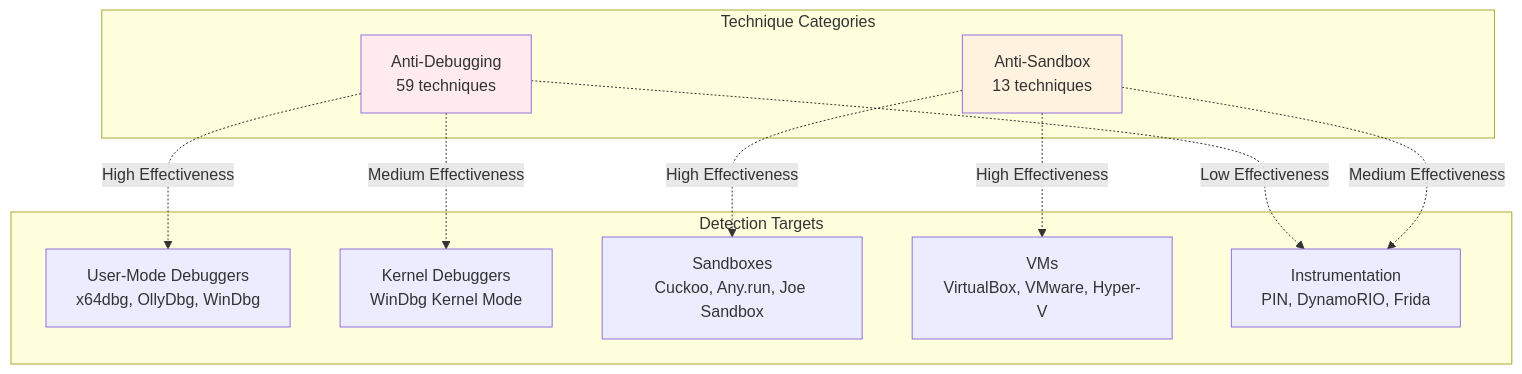
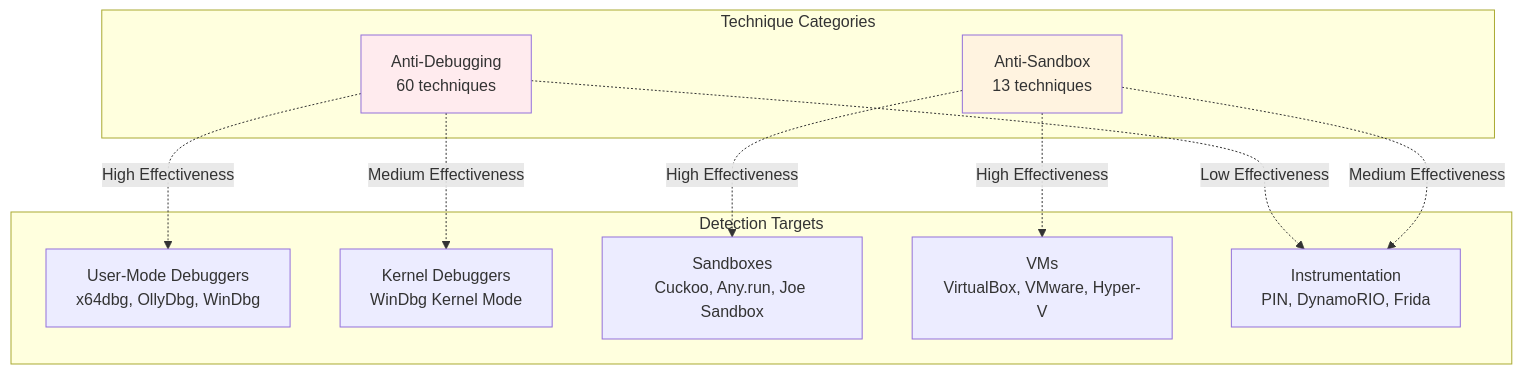
The seventh of 8 diagrams in docs/diagrams/taxonomy.md (mabj/anti), drawn with Mermaid before and after one commit. The commit also changed other lines of this file and 7 other files, not shown here.

First line of the commit message:
Adding new anti-debugging technique AD060

````diff
--- a/docs/diagrams/taxonomy.md
+++ b/docs/diagrams/taxonomy.md
@@ -237,26 +238,26 @@
 ```mermaid
 graph TB
     subgraph Detection Targets
         T1[User-Mode Debuggers<br/>x64dbg, OllyDbg, WinDbg]
         T2[Kernel Debuggers<br/>WinDbg Kernel Mode]
         T3[Sandboxes<br/>Cuckoo, Any.run, Joe Sandbox]
         T4[VMs<br/>VirtualBox, VMware, Hyper-V]
         T5[Instrumentation<br/>PIN, DynamoRIO, Frida]
     end
 
     subgraph Technique Categories
-        C1[Anti-Debugging<br/>59 techniques]
+        C1[Anti-Debugging<br/>60 techniques]
         C2[Anti-Sandbox<br/>13 techniques]
     end
 
     C1 -.High Effectiveness.-> T1
     C1 -.Medium Effectiveness.-> T2
     C1 -.Low Effectiveness.-> T5
 
     C2 -.High Effectiveness.-> T3
     C2 -.High Effectiveness.-> T4
     C2 -.Medium Effectiveness.-> T5
 
     style C1 fill:#ffebee
     style C2 fill:#fff3e0
 ```
````
